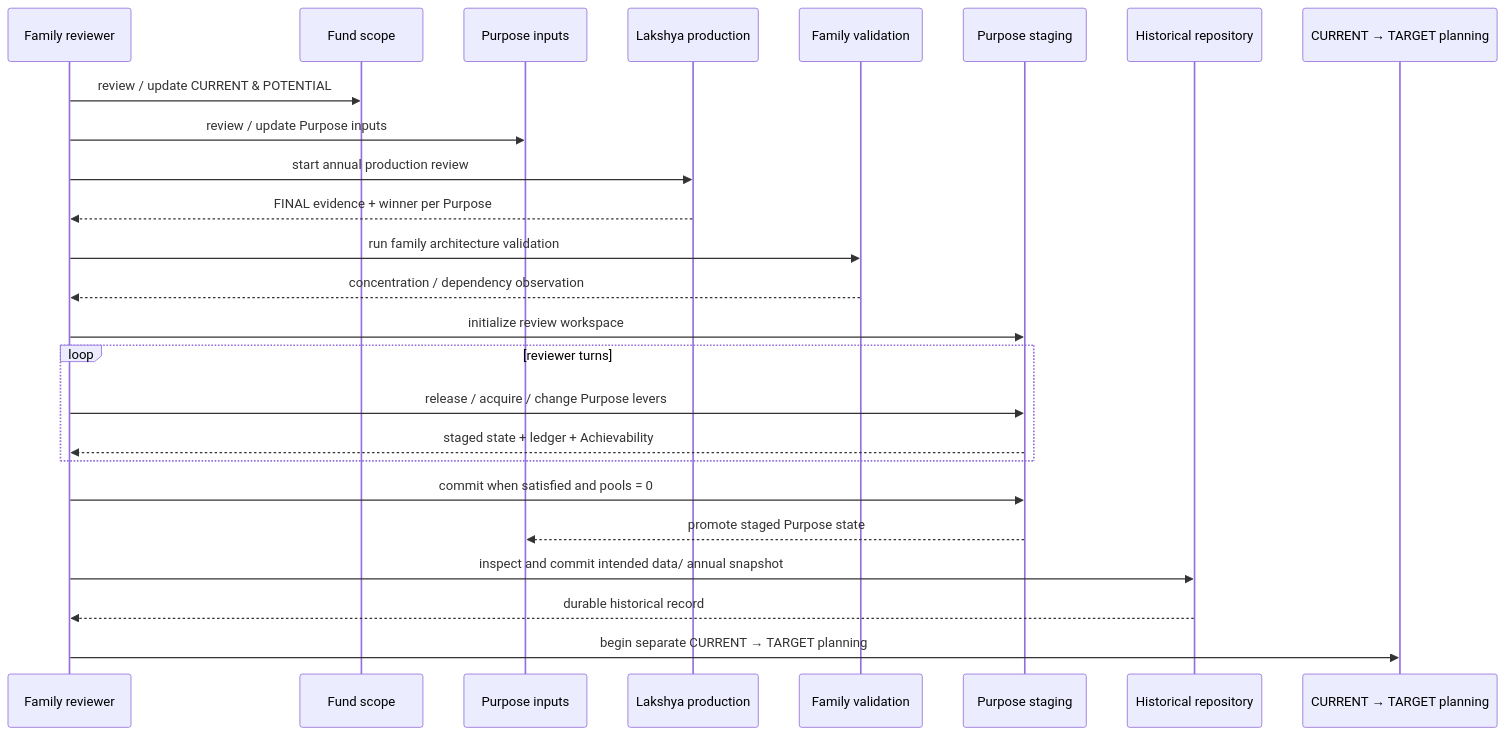
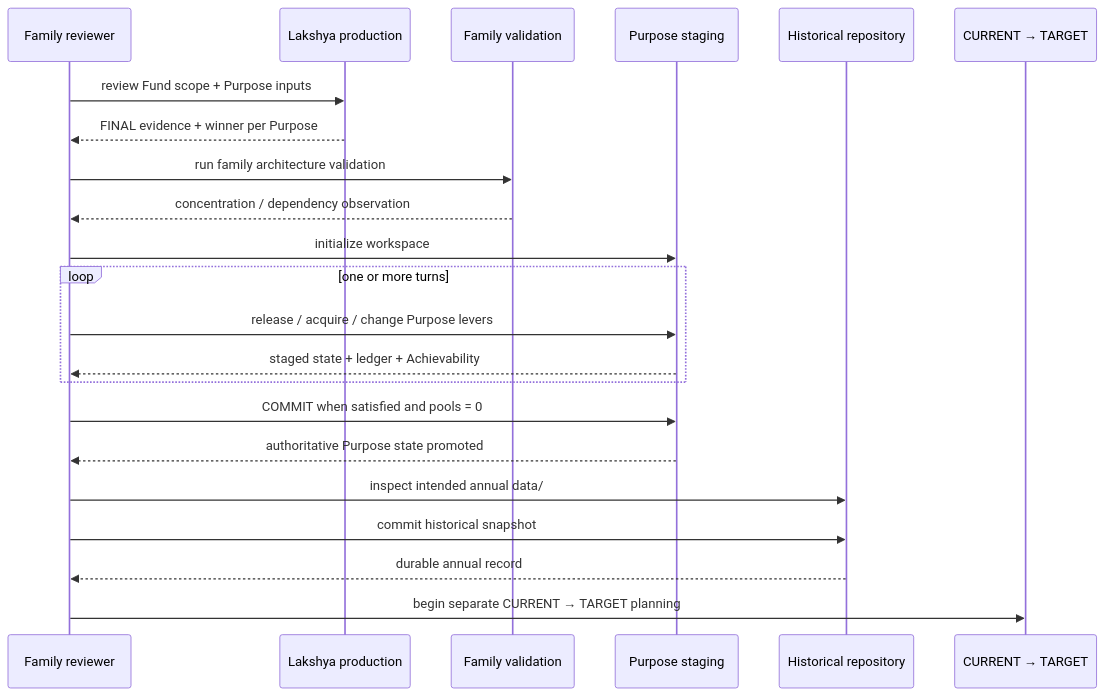
The second of 13 diagrams in docs/Lakshya_Pipeline_Sequence.md (rrajeshkannan/lakshya), drawn with Mermaid before and after one commit. The commit also changed other lines of this file, not shown here.

Commit message:
DOCS: extend pipeline sequence through transition boundary

````diff
--- a/docs/Lakshya_Pipeline_Sequence.md
+++ b/docs/Lakshya_Pipeline_Sequence.md
@@ -94,28 +81,25 @@
 ```mermaid
 sequenceDiagram
     participant Reviewer as Family reviewer
-    participant Scope as Fund scope
-    participant Purpose as Purpose inputs
     participant Production as Lakshya production
     participant Family as Family validation
     participant Staging as Purpose staging
     participant Git as Historical repository
-    participant Transition as CURRENT → TARGET planning
+    participant Transition as CURRENT → TARGET
 
-    Reviewer->>Scope: review / update CURRENT & POTENTIAL
-    Reviewer->>Purpose: review / update Purpose inputs
-    Reviewer->>Production: start annual production review
+    Reviewer->>Production: review Fund scope + Purpose inputs
     Production-->>Reviewer: FINAL evidence + winner per Purpose
     Reviewer->>Family: run family architecture validation
     Family-->>Reviewer: concentration / dependency observation
-    Reviewer->>Staging: initialize review workspace
-    loop reviewer turns
+    Reviewer->>Staging: initialize workspace
+    loop one or more turns
         Reviewer->>Staging: release / acquire / change Purpose levers
         Staging-->>Reviewer: staged state + ledger + Achievability
     end
-    Reviewer->>Staging: commit when satisfied and pools = 0
-    Staging-->>Purpose: promote staged Purpose state
-    Reviewer->>Git: inspect and commit intended data/ annual snapshot
-    Git-->>Reviewer: durable historical record
+    Reviewer->>Staging: COMMIT when satisfied and pools = 0
+    Staging-->>Reviewer: authoritative Purpose state promoted
+    Reviewer->>Git: inspect intended annual data/
+    Reviewer->>Git: commit historical snapshot
+    Git-->>Reviewer: durable annual record
     Reviewer->>Transition: begin separate CURRENT → TARGET planning
 ```
````
